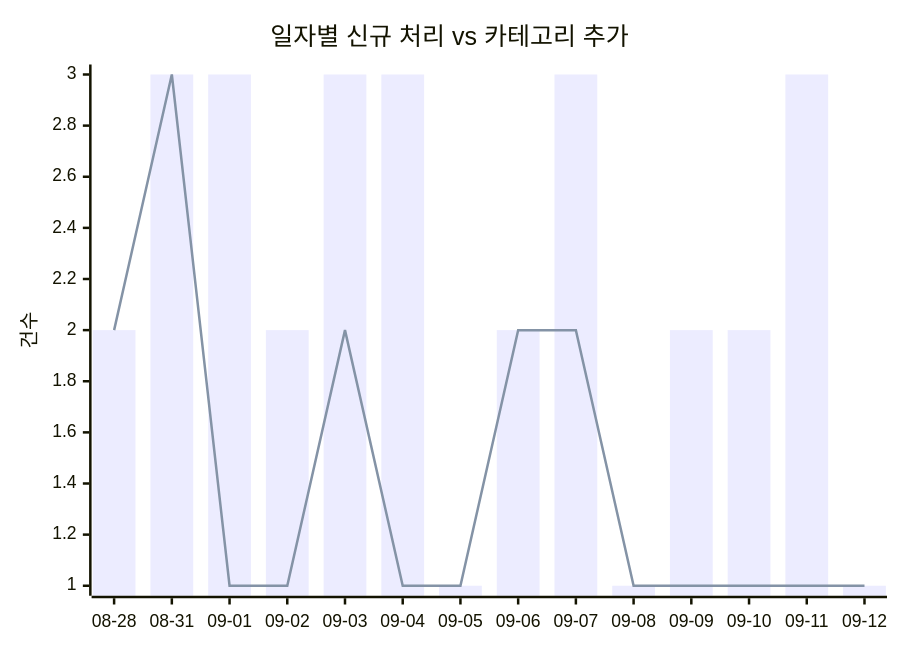
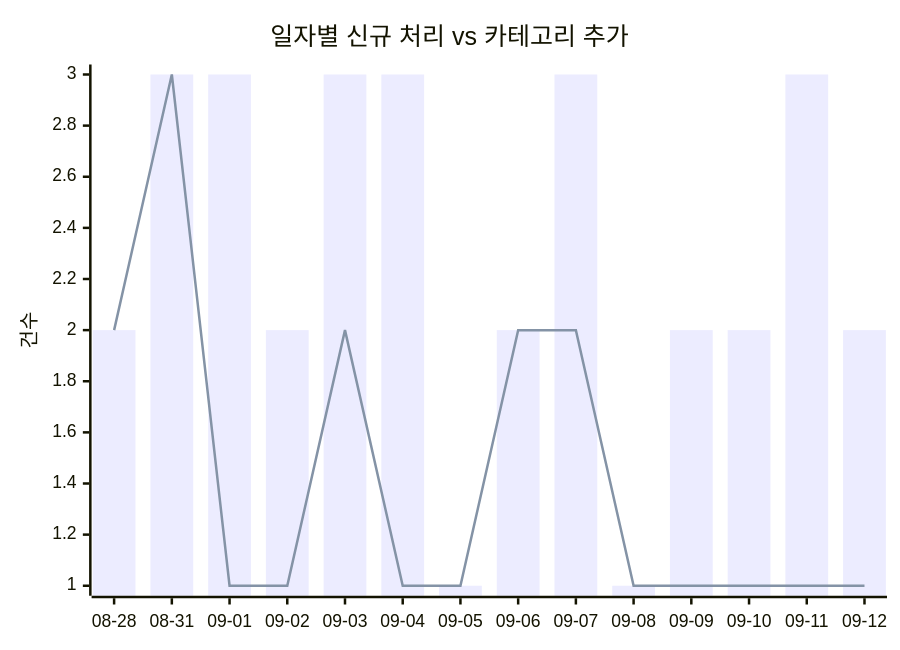
One commit to J-nowcow/awesome-korean-agent-skills changed the first of 2 diagrams in docs/trends.md. Above: the diagram before and after it, drawn with Mermaid. The commit also changed other lines of this file and 2 other files, not shown here.

````diff
--- a/docs/trends.md
+++ b/docs/trends.md
@@ -32,8 +32,8 @@
 ```mermaid
 xychart-beta
     title "일자별 신규 처리 vs 카테고리 추가"
     x-axis ["08-28","08-31","09-01","09-02","09-03","09-04","09-05","09-06","09-07","09-08","09-09","09-10","09-11","09-12"]
     y-axis "건수"
-    bar [2,3,3,2,3,3,1,2,3,1,2,2,3,1]
+    bar [2,3,3,2,3,3,1,2,3,1,2,2,3,2]
     line [2,3,1,1,2,1,1,2,2,1,1,1,1,1]
 ```
````
